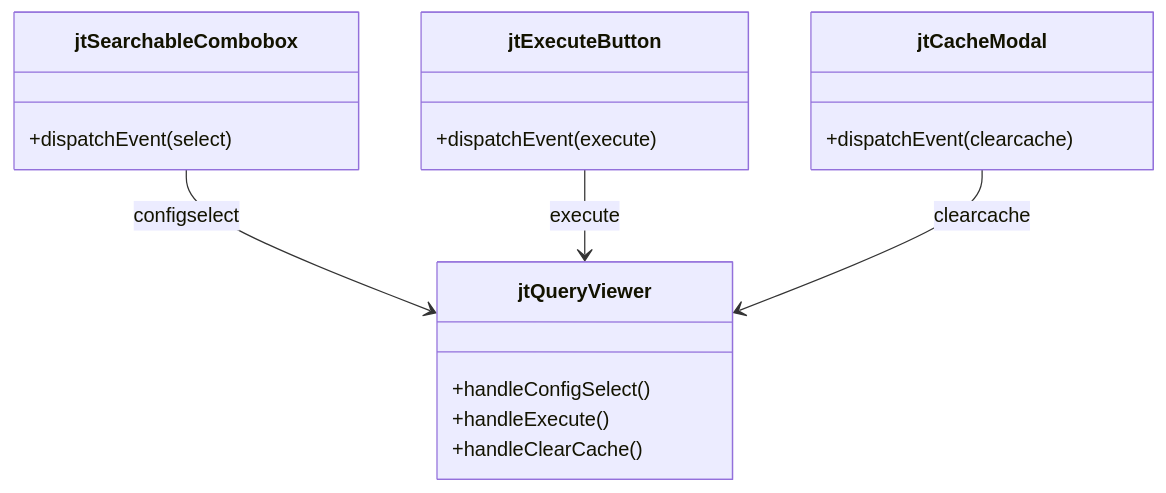
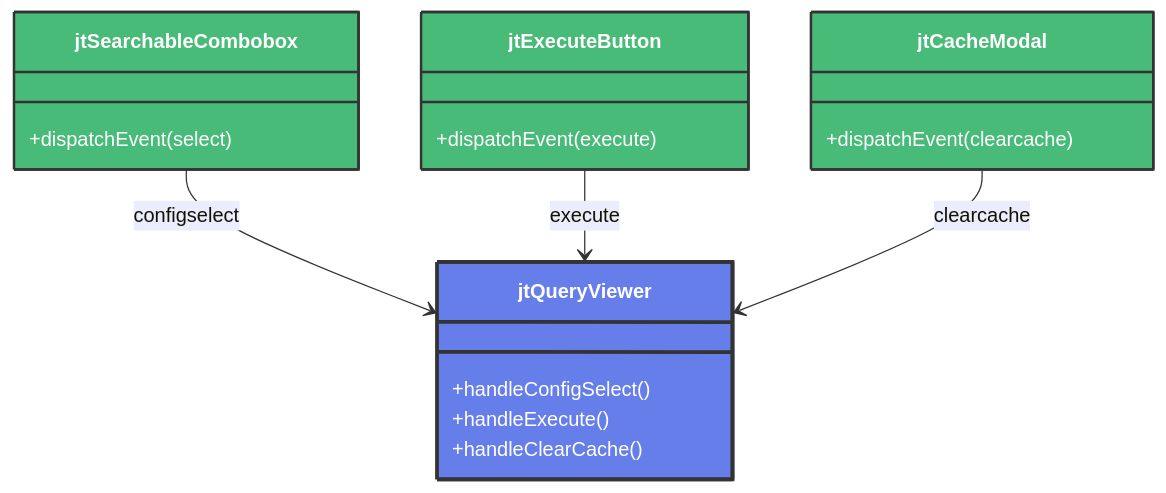
Before and after one commit to jterrats/JT_DynamicQueries: diagram 14 of 15 in docs/architecture/diagrams.md, drawn with Mermaid. The commit also changed other lines of this file and 3 other files, not shown here.

First line of the commit message:
feat: Add interactive diagrams with zoom and pan functionality

````diff
--- a/docs/architecture/diagrams.md
+++ b/docs/architecture/diagrams.md
@@ -555,21 +557,26 @@
 ```mermaid
 classDiagram
     class jtQueryViewer {
         +handleConfigSelect()
         +handleExecute()
         +handleClearCache()
     }
     class jtSearchableCombobox {
         +dispatchEvent(select)
     }
     class jtExecuteButton {
         +dispatchEvent(execute)
     }
     class jtCacheModal {
         +dispatchEvent(clearcache)
     }
 
     jtSearchableCombobox --> jtQueryViewer: configselect
     jtExecuteButton --> jtQueryViewer: execute
     jtCacheModal --> jtQueryViewer: clearcache
+    
+    style jtQueryViewer fill:#667eea,stroke:#333,stroke-width:3px,color:#fff
+    style jtSearchableCombobox fill:#48bb78,stroke:#333,stroke-width:2px,color:#fff
+    style jtExecuteButton fill:#48bb78,stroke:#333,stroke-width:2px,color:#fff
+    style jtCacheModal fill:#48bb78,stroke:#333,stroke-width:2px,color:#fff
 ```
````
